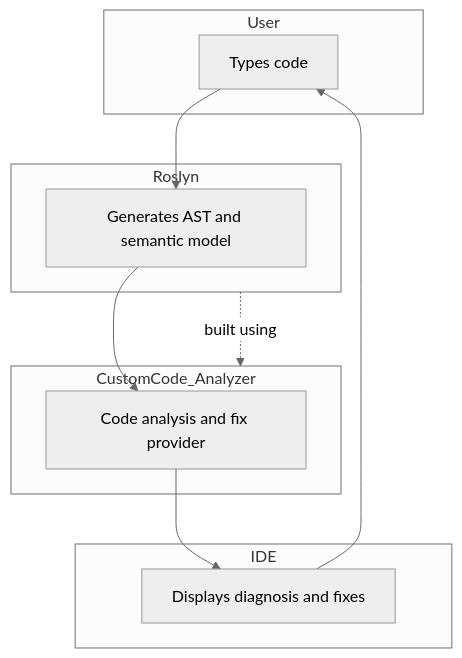
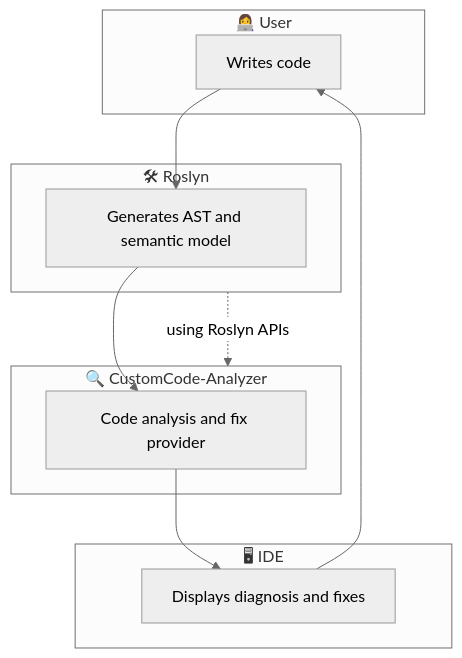
One commit to jonathanalgar/CustomCode-Analyzer changed the diagram in README.md. Above: the diagram before and after it, drawn with Mermaid (neutral theme). The commit also changed other lines of this file and 2 other files, not shown here.

Commit message:
bump version

````diff
--- a/README.md
+++ b/README.md
@@ -28,25 +27,25 @@
 ```mermaid
 graph TB
-    subgraph User
-        code["Types code"]:::userArea
+    subgraph User["👩‍💻 User"]
+        code["Writes code"]:::userArea
     end
 
-    subgraph Roslyn["Roslyn"]
+    subgraph Roslyn["🛠 Roslyn"]
         ast["Generates AST and semantic model"]:::roslyn
     end
 
-    subgraph CustomCode_Analyzer
+    subgraph CustomCode_Analyzer["🔍 CustomCode-Analyzer"]
         analysis["Code analysis and fix provider"]:::analyzerArea
     end
 
-    subgraph IDE
+    subgraph IDE["🖥 IDE"]
         display["Displays diagnosis and fixes"]:::ideArea
     end
 
     code --> ast
     ast --> analysis
     analysis --> display
     display --> code
 
-    Roslyn -."built using".-> CustomCode_Analyzer
+    Roslyn -."using Roslyn APIs".-> CustomCode_Analyzer
 ```
````
